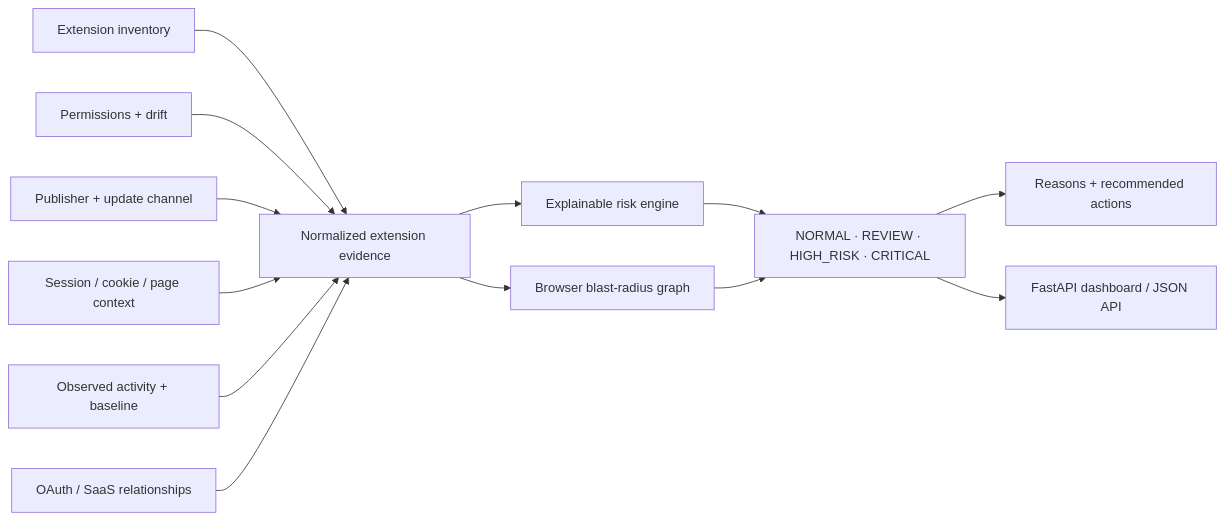
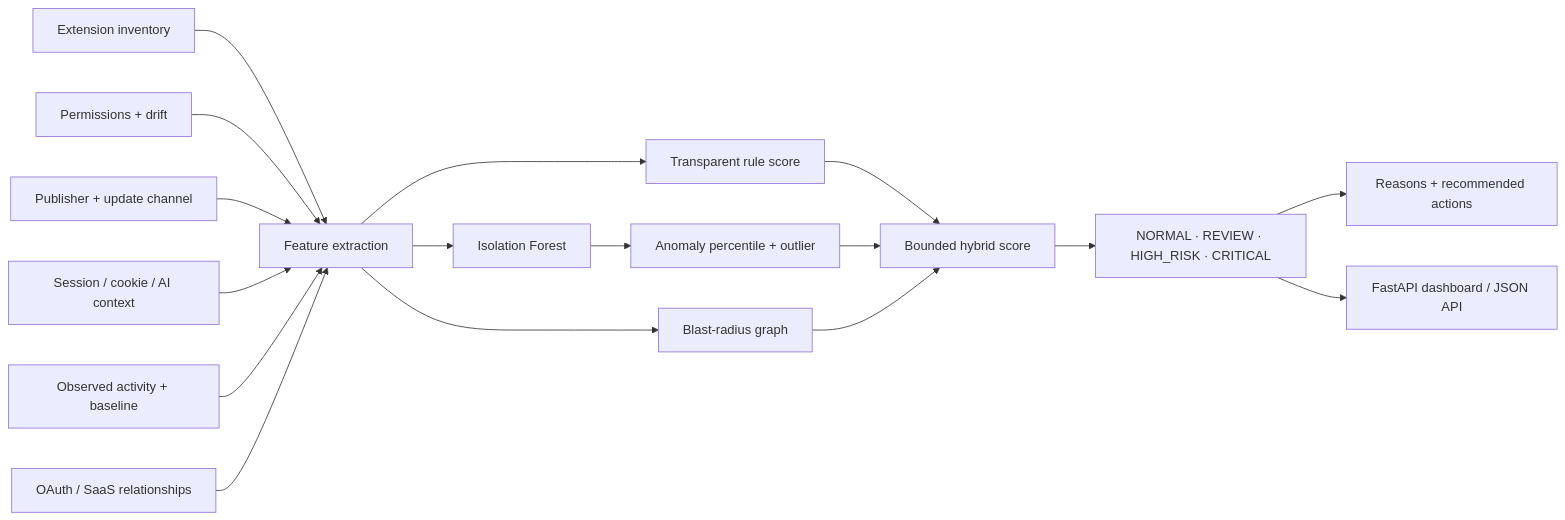
Before and after one commit to VinayK88/BrowserGuard: the diagram in README.md, drawn with Mermaid. The commit also changed other lines of this file and 15 other files, not shown here.

Commit message:
Add hybrid ML anomaly detection to BrowserGuard

````diff
--- a/README.md
+++ b/README.md
@@ -123,17 +159,19 @@
 ```mermaid
 flowchart LR
-    INV[Extension inventory] --> NORM[Normalized extension evidence]
-    PERM[Permissions + drift] --> NORM
-    UPDATE[Publisher + update channel] --> NORM
-    SESSION[Session / cookie / page context] --> NORM
-    ACT[Observed activity + baseline] --> NORM
-    OAUTH[OAuth / SaaS relationships] --> NORM
-
-    NORM --> RISK[Explainable risk engine]
-    NORM --> GRAPH[Browser blast-radius graph]
-
-    RISK --> DECISION[NORMAL · REVIEW · HIGH_RISK · CRITICAL]
-    GRAPH --> DECISION
+    INV[Extension inventory] --> FEAT[Feature extraction]
+    PERM[Permissions + drift] --> FEAT
+    UPDATE[Publisher + update channel] --> FEAT
+    SESSION[Session / cookie / AI context] --> FEAT
+    ACT[Observed activity + baseline] --> FEAT
+    OAUTH[OAuth / SaaS relationships] --> FEAT
+    FEAT --> RULES[Transparent rule score]
+    FEAT --> IF[Isolation Forest]
+    FEAT --> GRAPH[Blast-radius graph]
+    IF --> ML[Anomaly percentile + outlier]
+    RULES --> HYBRID[Bounded hybrid score]
+    ML --> HYBRID
+    GRAPH --> HYBRID
+    HYBRID --> DECISION[NORMAL · REVIEW · HIGH_RISK · CRITICAL]
     DECISION --> ACTION[Reasons + recommended actions]
     DECISION --> API[FastAPI dashboard / JSON API]
 ```
````
